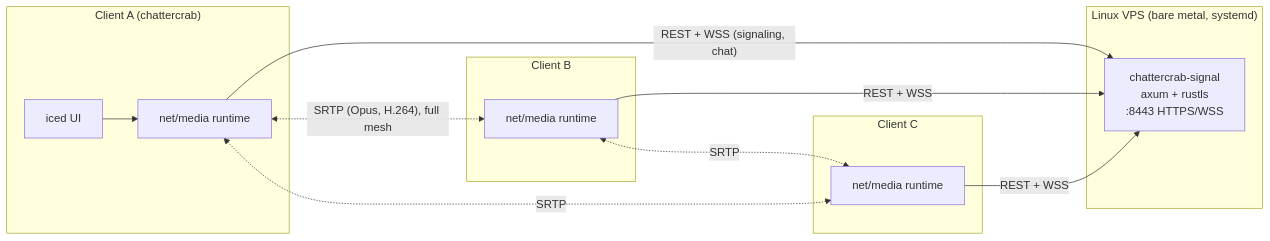
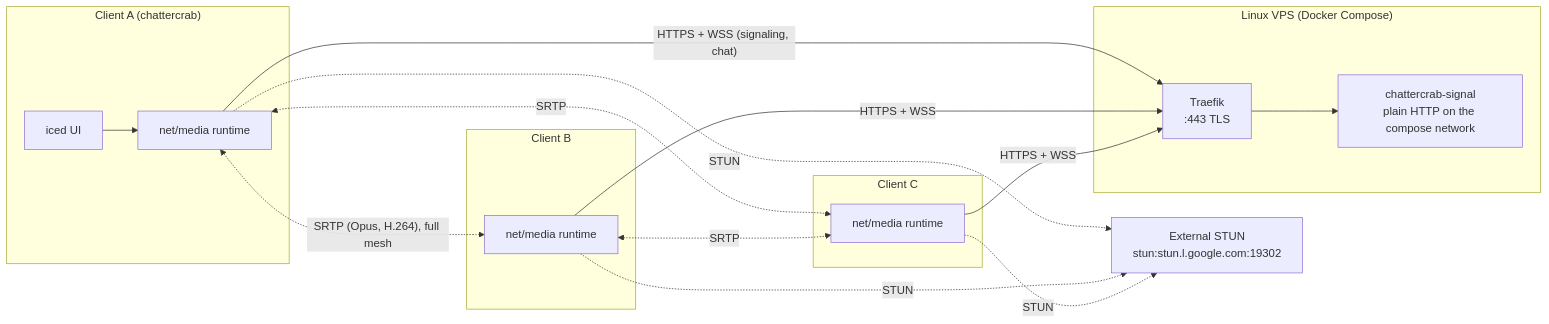
Before and after one commit to jakub-sobus/Chattercrab: the first of 6 diagrams in docs/ARCHITECTURE.md, drawn with Mermaid. The commit also changed other lines of this file and 20 other files, not shown here.

First line of the commit message:
deploy: run the signaling server with Compose and Traefik

````diff
--- a/docs/ARCHITECTURE.md
+++ b/docs/ARCHITECTURE.md
@@ -13,24 +13,32 @@
 ```mermaid
 flowchart LR
-    subgraph VPS["Linux VPS (bare metal, systemd)"]
-        SIG["chattercrab-signal<br/>axum + rustls<br/>:8443 HTTPS/WSS"]
+    STUN["External STUN<br/>stun:stun.l.google.com:19302"]
+
+    subgraph VPS["Linux VPS (Docker Compose)"]
+        TR["Traefik<br/>:443 TLS"]
+        SIG["chattercrab-signal<br/>plain HTTP on the compose network"]
+        TR --> SIG
     end
 
     subgraph A["Client A (chattercrab)"]
         UIA["iced UI"] --> RTA["net/media runtime"]
     end
     subgraph B["Client B"]
         RTB["net/media runtime"]
     end
     subgraph C["Client C"]
         RTC["net/media runtime"]
     end
 
-    RTA -- "REST + WSS (signaling, chat)" --> SIG
-    RTB -- "REST + WSS" --> SIG
-    RTC -- "REST + WSS" --> SIG
+    RTA -- "HTTPS + WSS (signaling, chat)" --> TR
+    RTB -- "HTTPS + WSS" --> TR
+    RTC -- "HTTPS + WSS" --> TR
+
+    RTA -. "STUN" .-> STUN
+    RTB -. "STUN" .-> STUN
+    RTC -. "STUN" .-> STUN
 
     RTA <-. "SRTP (Opus, H.264), full mesh" .-> RTB
     RTA <-. "SRTP" .-> RTC
     RTB <-. "SRTP" .-> RTC
 ```
````
